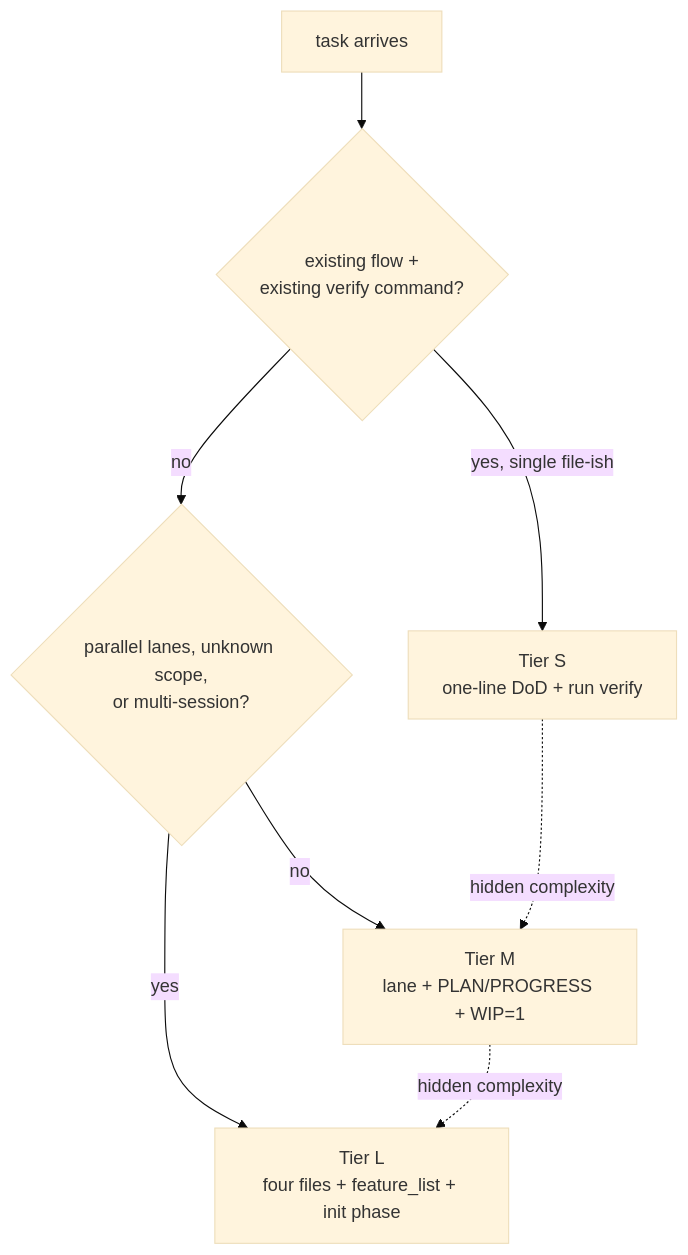
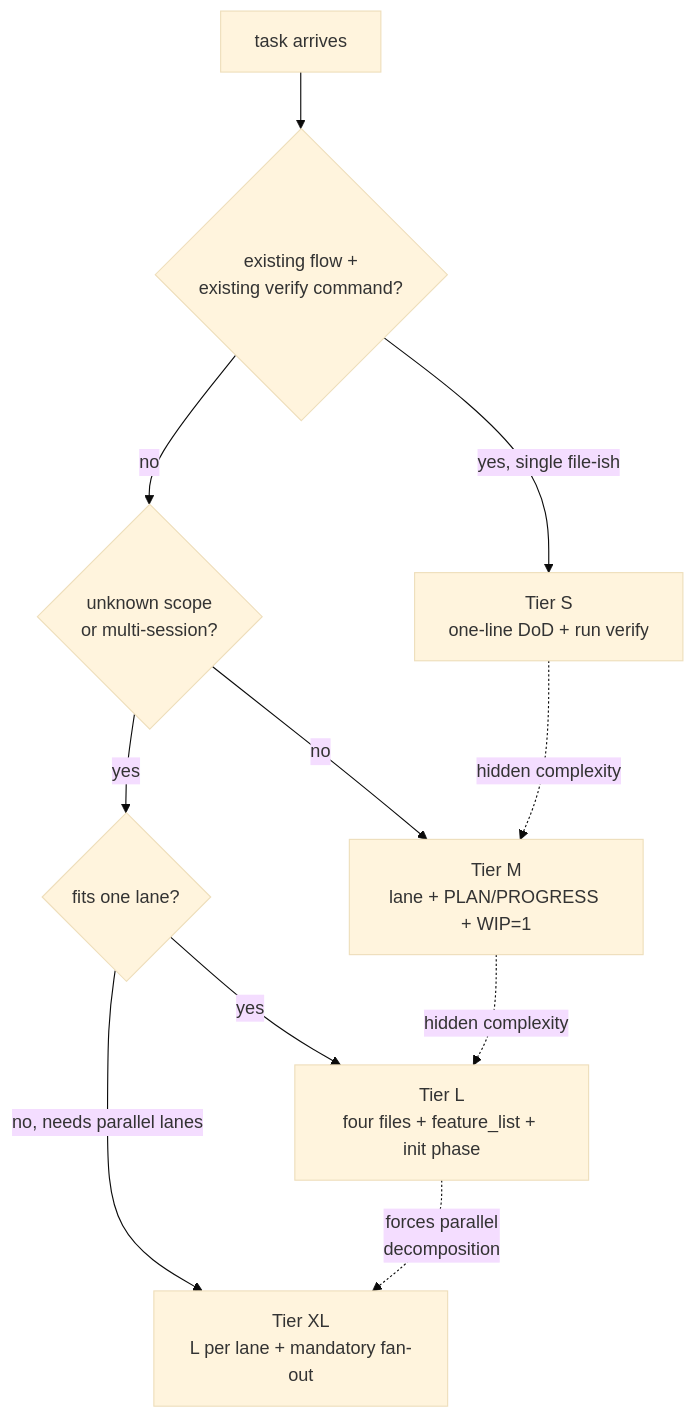
The first of 4 diagrams in docs/how-it-works/work-lifecycle.md (bygama/Agent-Engineering), drawn with Mermaid (base theme) before and after one commit. The commit also changed other lines of this file and 3 other files, not shown here.

````diff
--- a/docs/how-it-works/work-lifecycle.md
+++ b/docs/how-it-works/work-lifecycle.md
@@ -20,9 +22,11 @@
 ```mermaid
 flowchart TD
     T[task arrives] --> Q1{existing flow +<br/>existing verify command?}
     Q1 -->|yes, single file-ish| S[Tier S<br/>one-line DoD + run verify]
-    Q1 -->|no| Q2{parallel lanes, unknown scope,<br/>or multi-session?}
+    Q1 -->|no| Q2{unknown scope<br/>or multi-session?}
     Q2 -->|no| M[Tier M<br/>lane + PLAN/PROGRESS + WIP=1]
-    Q2 -->|yes| L[Tier L<br/>four files + feature_list + init phase]
-    S -.->|hidden complexity| M -.->|hidden complexity| L
+    Q2 -->|yes| Q3{fits one lane?}
+    Q3 -->|yes| L[Tier L<br/>four files + feature_list + init phase]
+    Q3 -->|no, needs parallel lanes| XL[Tier XL<br/>L per lane + mandatory fan-out]
+    S -.->|hidden complexity| M -.->|hidden complexity| L -.->|forces parallel<br/>decomposition| XL
 ```
````
